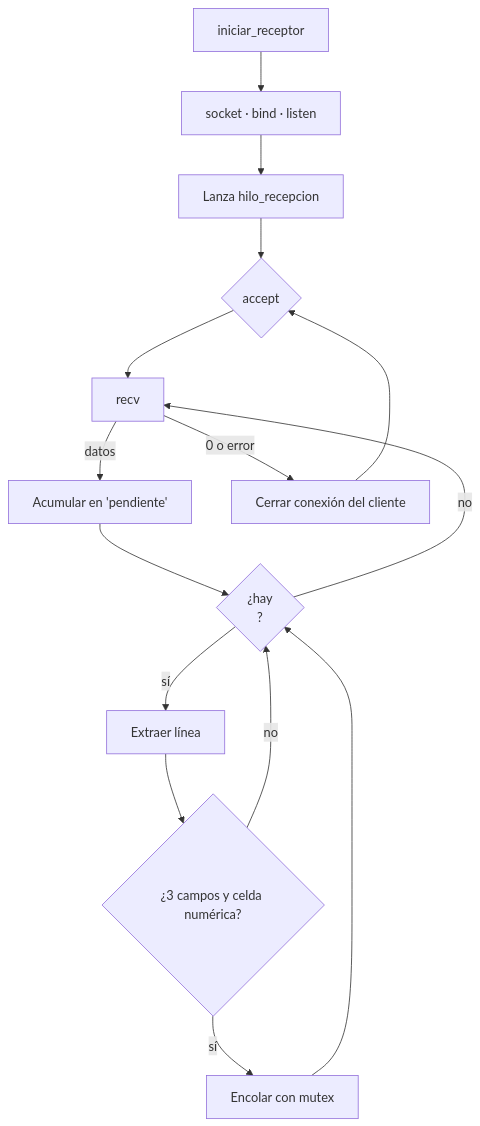
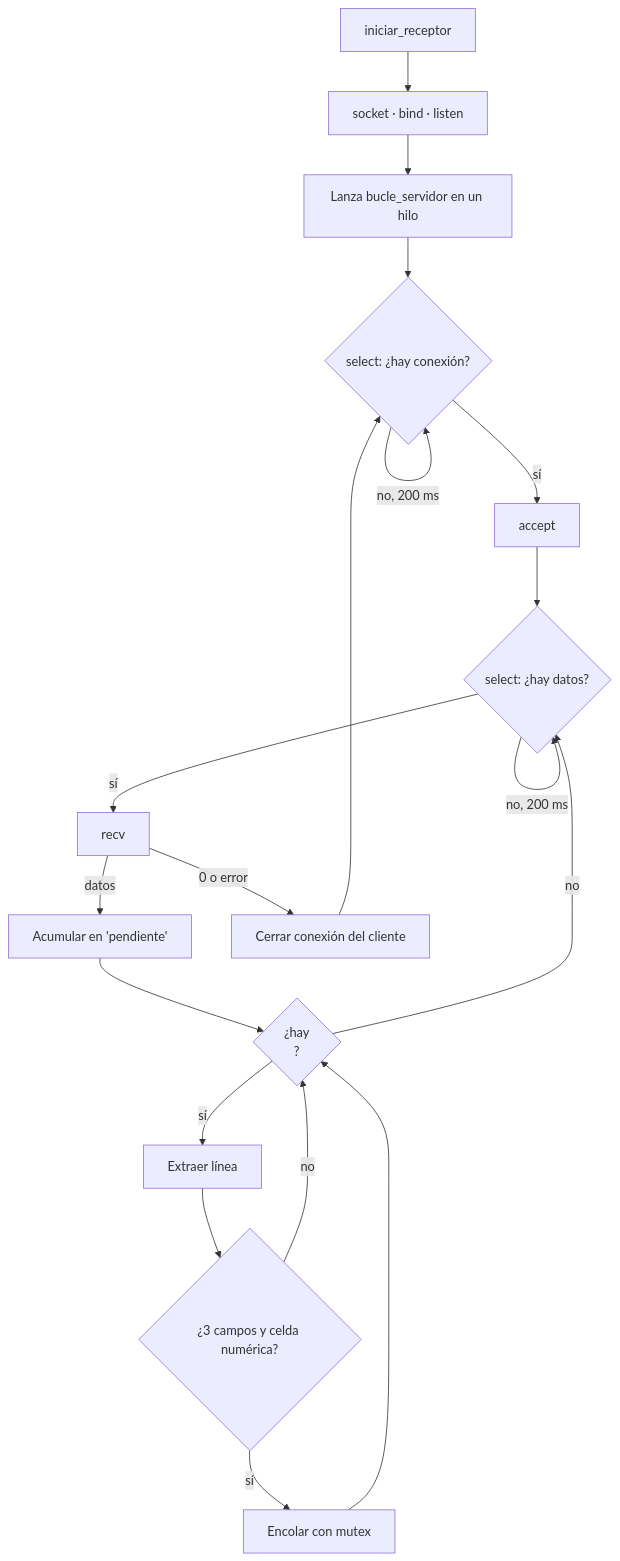
One commit to josuetamayo1/Entrega_2_Estructura changed the second of 2 diagrams in docs/Receptor-DLL.md. Above: the diagram before and after it, drawn with Mermaid. The commit also changed other lines of this file, not shown here.

Commit message:
Actualiza docs del receptor con los nombres y el select() actuales

````diff
--- a/docs/Receptor-DLL.md
+++ b/docs/Receptor-DLL.md
@@ -70,17 +71,21 @@
 ```mermaid
 flowchart TD
     A[iniciar_receptor] --> B[socket · bind · listen]
-    B --> C[Lanza hilo_recepcion]
-    C --> D{accept}
-    D --> E[recv]
+    B --> C[Lanza bucle_servidor en un hilo]
+    C --> D{select: ¿hay conexión?}
+    D -->|no, 200 ms| D
+    D -->|sí| D2[accept]
+    D2 --> S{select: ¿hay datos?}
+    S -->|no, 200 ms| S
+    S -->|sí| E[recv]
     E -->|datos| F[Acumular en 'pendiente']
     F --> G{¿hay \n?}
     G -->|sí| H[Extraer línea]
     H --> I{¿3 campos y celda numérica?}
     I -->|sí| J[Encolar con mutex]
     I -->|no| G
     J --> G
-    G -->|no| E
+    G -->|no| S
     E -->|0 o error| K[Cerrar conexión del cliente]
     K --> D
 ```
````
